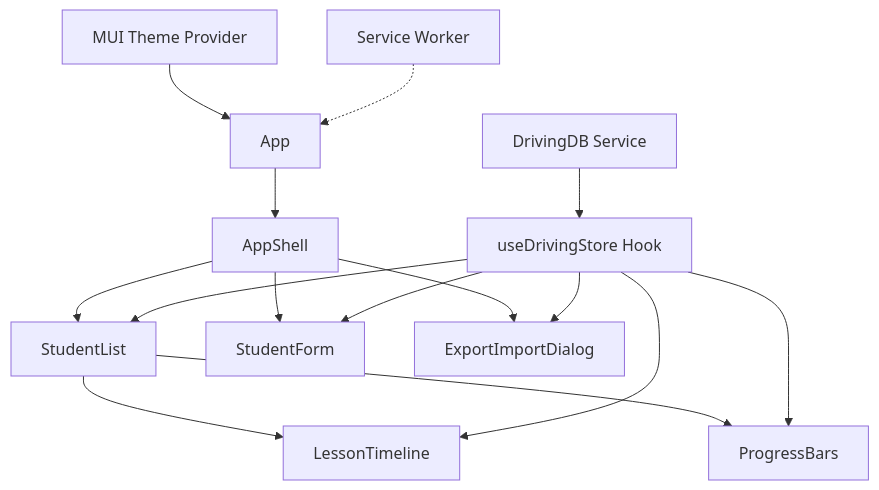
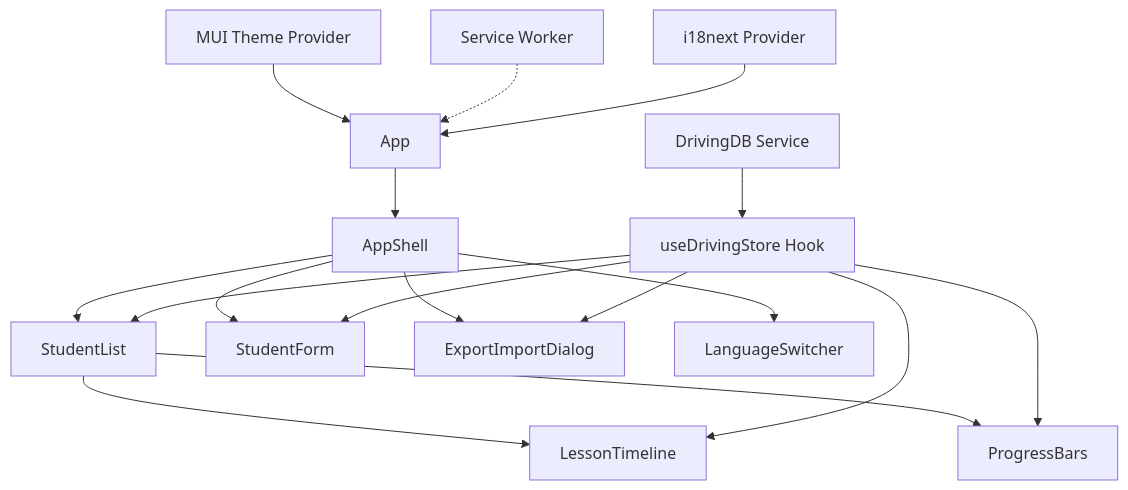
One commit to tonihintikka/opetuslupa_apu changed the first of 2 diagrams in docs/PRD.md. Above: the diagram before and after it, drawn with Mermaid. The commit also changed other lines of this file and 17 other files, not shown here.

````diff
--- a/docs/PRD.md
+++ b/docs/PRD.md
@@ -145,19 +157,21 @@
 ```mermaid
 graph TD
     A[App] --> B[AppShell]
     B --> C[StudentList]
     B --> D[StudentForm]
     C --> E[LessonTimeline]
     C --> F[ProgressBars]
     B --> G[ExportImportDialog]
+    B --> L[LanguageSwitcher]
     
     H[MUI Theme Provider] --> A
     I[useDrivingStore Hook] --> C
     I --> D
     I --> E
     I --> F
     I --> G
     
     J[DrivingDB Service] --> I
     K[Service Worker] -.-> A
+    M[i18next Provider] --> A
 ```
````
